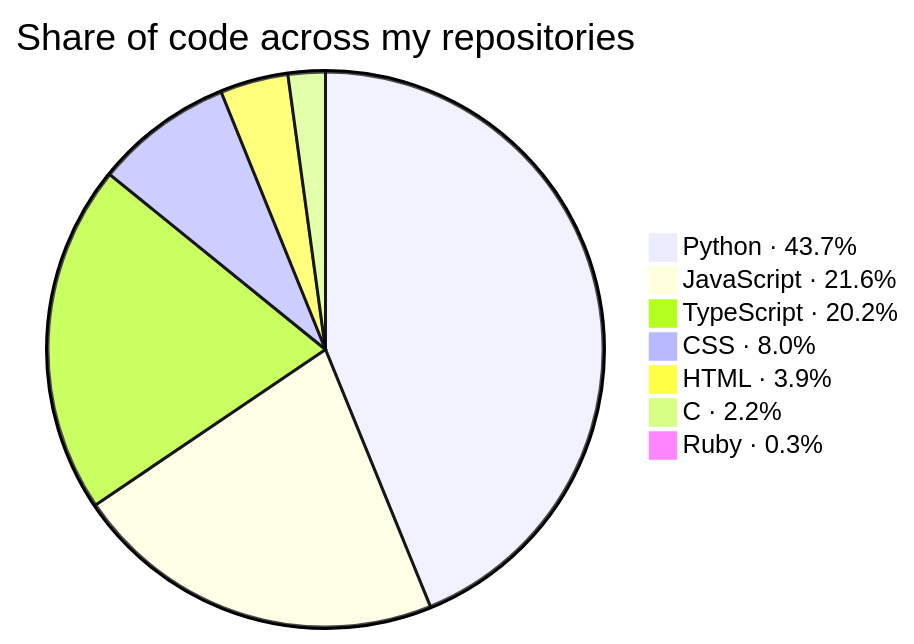
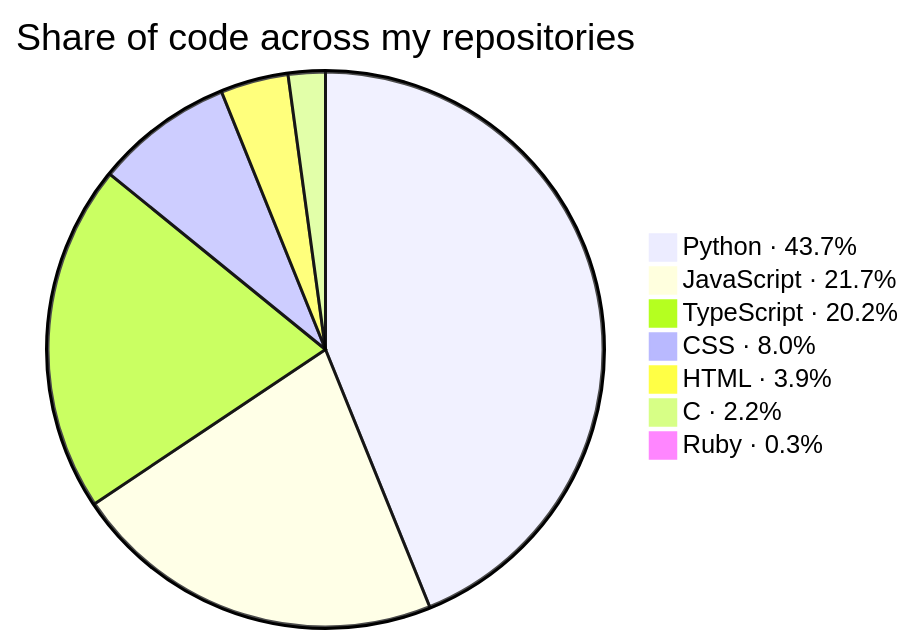
The second of 3 diagrams in README.md (KathFK1234/KathFK1234), drawn with Mermaid before and after one commit. The commit also changed other lines of this file and 4 other files, not shown here.

````diff
--- a/README.md
+++ b/README.md
@@ -109,11 +109,11 @@
 ```mermaid
 %%{init: {"themeVariables": {"pieSectionTextSize": "0px"}}}%%
 pie title Share of code across my repositories
-    "Python · 43.7%" : 1268.6
-    "JavaScript · 21.6%" : 628.1
-    "TypeScript · 20.2%" : 587.8
-    "CSS · 8.0%" : 232.3
+    "Python · 43.7%" : 1274.4
+    "JavaScript · 21.7%" : 631.6
+    "TypeScript · 20.2%" : 588.0
+    "CSS · 8.0%" : 233.2
     "HTML · 3.9%" : 114.6
     "C · 2.2%" : 62.7
     "Ruby · 0.3%" : 10.1
 ```
````
